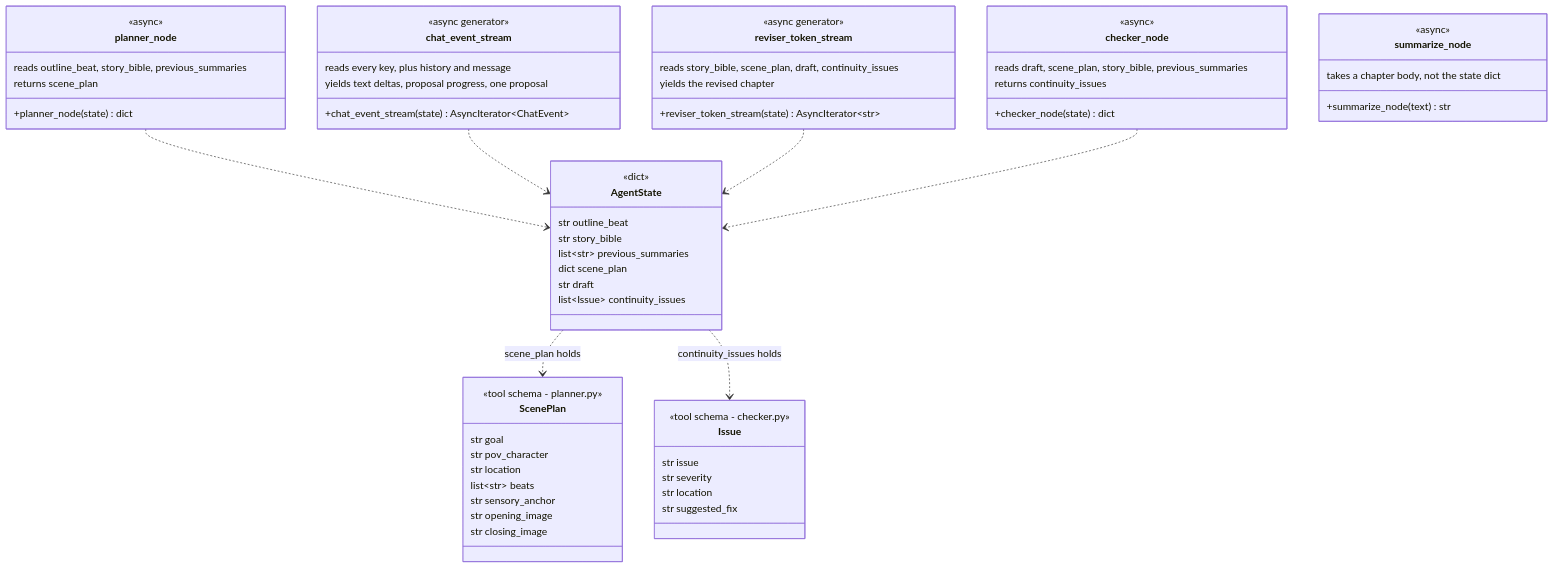
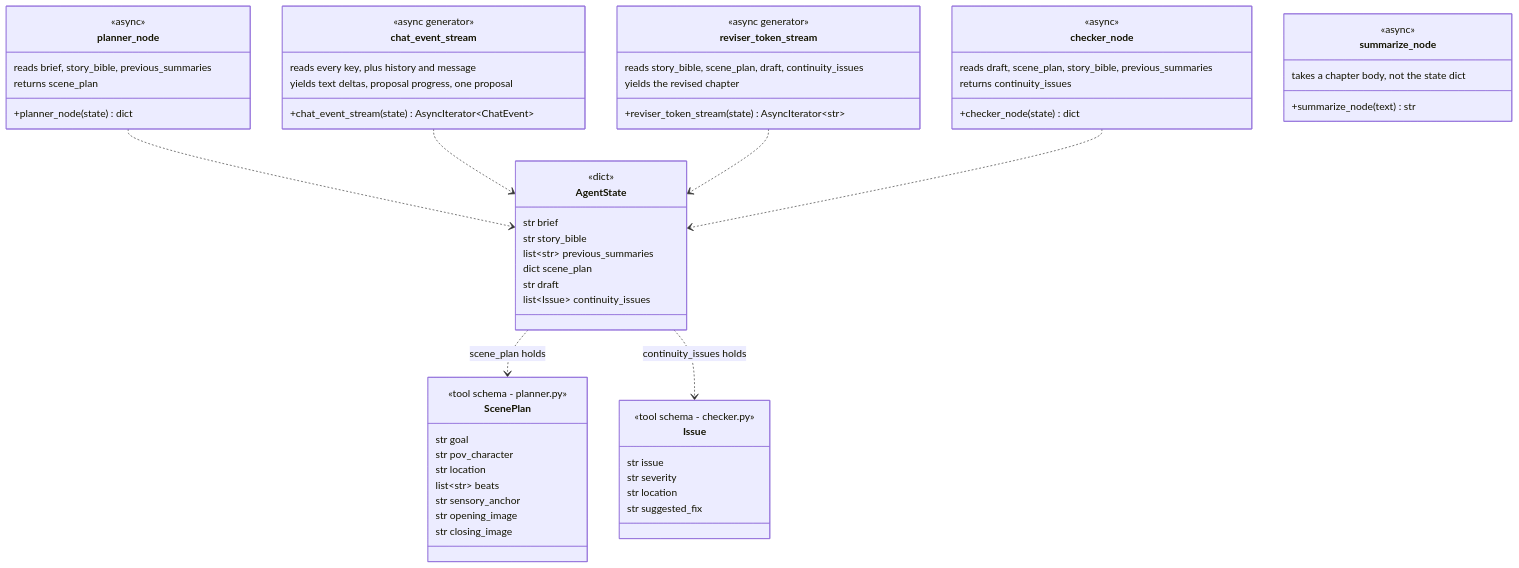
Before and after one commit to Akazz-L/maya: the third of 3 diagrams in docs/diagrams/02-backend-data-model.md, drawn with Mermaid. The commit also changed other lines of this file and 24 other files, not shown here.

````diff
--- a/docs/diagrams/02-backend-data-model.md
+++ b/docs/diagrams/02-backend-data-model.md
@@ -134,68 +134,68 @@
 ```mermaid
 classDiagram
     class AgentState {
         <<dict>>
-        str outline_beat
+        str brief
         str story_bible
         list~str~ previous_summaries
         dict scene_plan
         str draft
         list~Issue~ continuity_issues
     }
 
     class ScenePlan {
         <<tool schema - planner.py>>
         str goal
         str pov_character
         str location
         list~str~ beats
         str sensory_anchor
         str opening_image
         str closing_image
     }
 
     class Issue {
         <<tool schema - checker.py>>
         str issue
         str severity
         str location
         str suggested_fix
     }
 
     class planner_node {
         <<async>>
         +planner_node(state) dict
-        reads outline_beat, story_bible, previous_summaries
+        reads brief, story_bible, previous_summaries
         returns scene_plan
     }
     class chat_event_stream {
         <<async generator>>
         +chat_event_stream(state) AsyncIterator~ChatEvent~
         reads every key, plus history and message
         yields text deltas, proposal progress, one proposal
     }
     class reviser_token_stream {
         <<async generator>>
         +reviser_token_stream(state) AsyncIterator~str~
         reads story_bible, scene_plan, draft, continuity_issues
         yields the revised chapter
     }
     class checker_node {
         <<async>>
         +checker_node(state) dict
         reads draft, scene_plan, story_bible, previous_summaries
         returns continuity_issues
     }
     class summarize_node {
         <<async>>
         +summarize_node(text) str
         takes a chapter body, not the state dict
     }
 
     AgentState ..> ScenePlan : scene_plan holds
     AgentState ..> Issue : continuity_issues holds
     planner_node ..> AgentState
     chat_event_stream ..> AgentState
     reviser_token_stream ..> AgentState
     checker_node ..> AgentState
 ```
````
